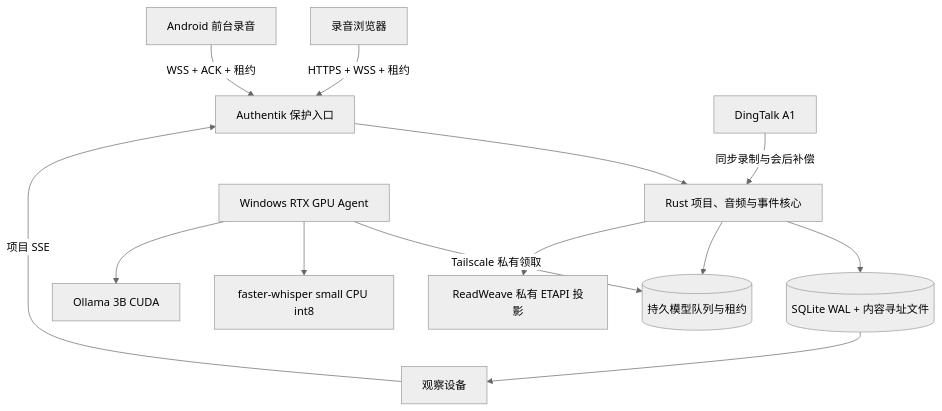
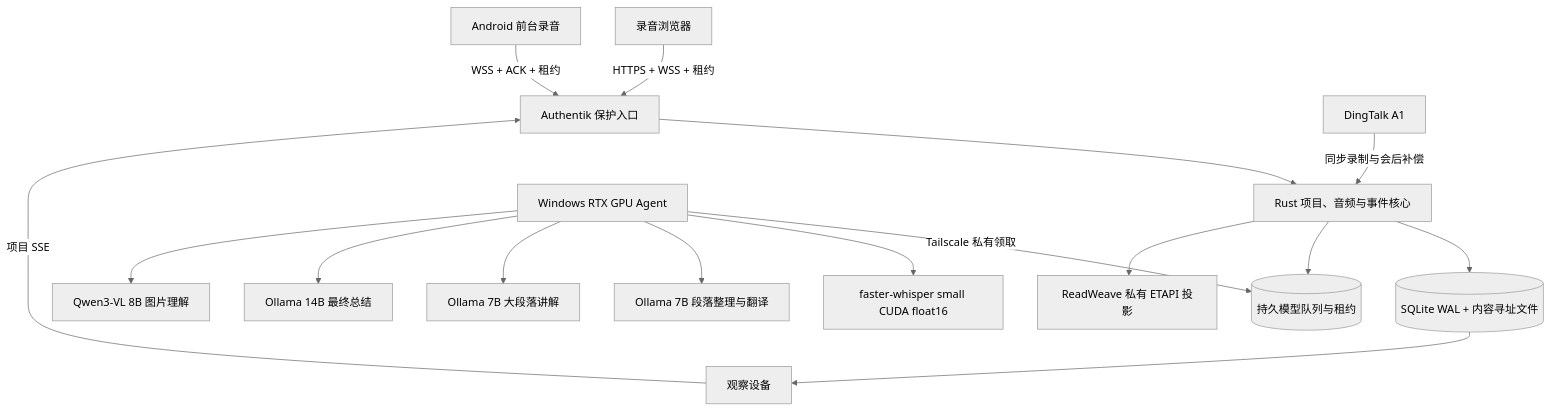
The diagram in README.md (AIALRA-0/AIALRA-LIVE-TRANSLATE), drawn with Mermaid (neutral theme) before and after one commit. The commit also changed other lines of this file and 89 other files, not shown here.

````diff
--- a/README.md
+++ b/README.md
@@ -38,15 +38,18 @@
 ```mermaid
 flowchart TD
   BrowserA[录音浏览器] -->|HTTPS + WSS + 租约| Auth[Authentik 保护入口]
   BrowserB[观察设备] -->|项目 SSE| Auth
   Android[Android 前台录音] -->|WSS + ACK + 租约| Auth
   A1[DingTalk A1] -->|同步录制与会后补偿| Core
   Auth --> Core[Rust 项目、音频与事件核心]
   Core --> Store[(SQLite WAL + 内容寻址文件)]
   Core --> Queue[(持久模型队列与租约)]
   Agent[Windows RTX GPU Agent] -->|Tailscale 私有领取| Queue
-  Agent --> ASR[faster-whisper small CPU int8]
-  Agent --> LLM[Ollama 3B CUDA]
+  Agent --> ASR[faster-whisper small CUDA float16]
+  Agent --> Translate[Ollama 7B 段落整理与翻译]
+  Agent --> Explain[Ollama 7B 大段落讲解]
+  Agent --> Summary[Ollama 14B 最终总结]
+  Agent --> Vision[Qwen3-VL 8B 图片理解]
   Core --> Notes[ReadWeave 私有 ETAPI 投影]
   Store --> BrowserB
 ```
````
